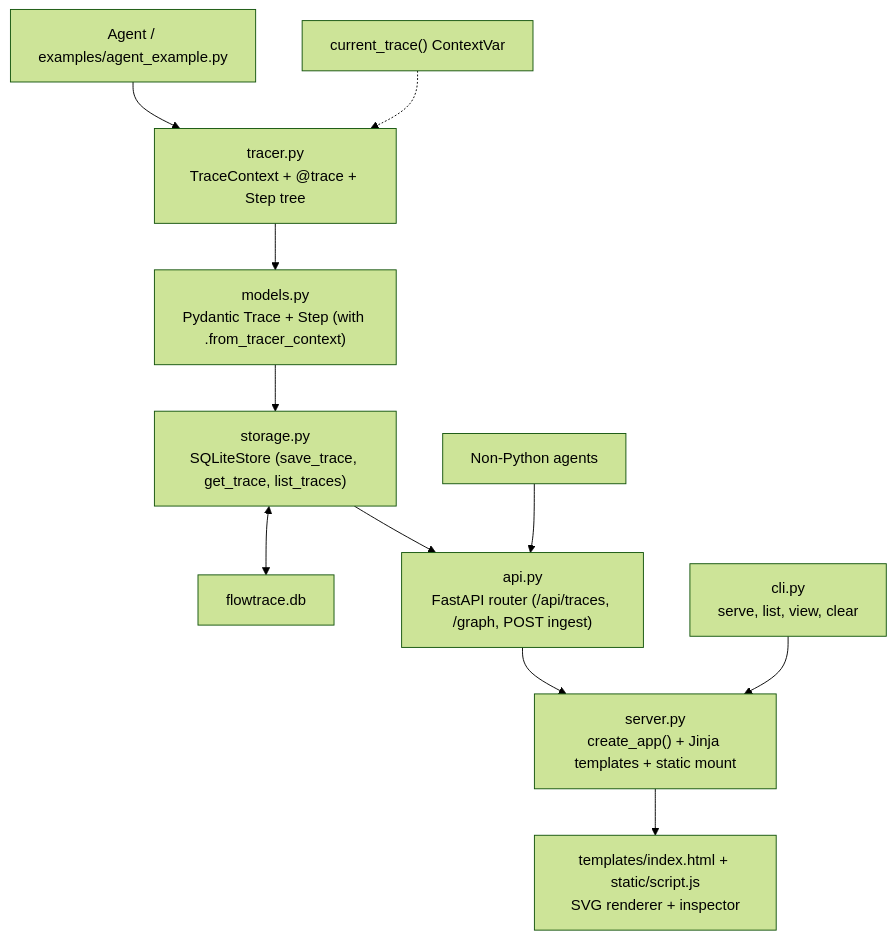
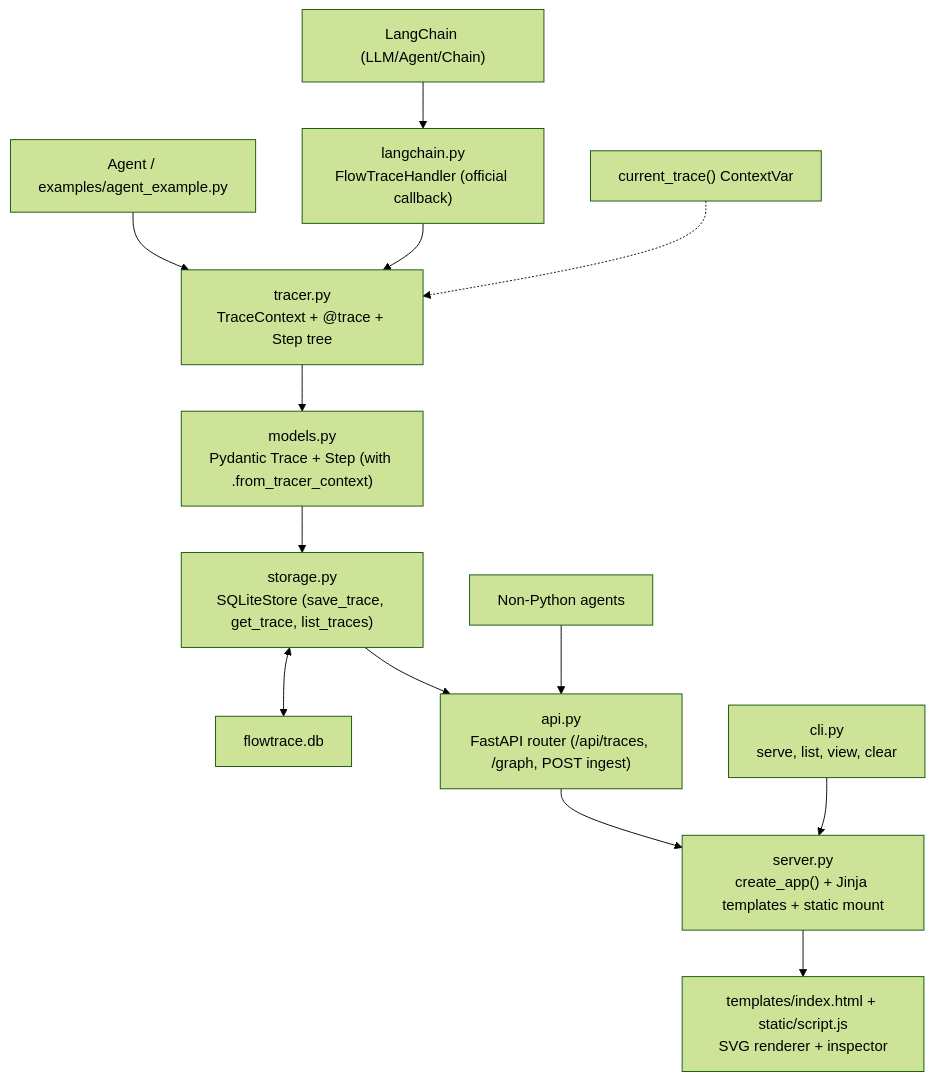
Before and after one commit to ajendras/flowtrace: the diagram in README.md, drawn with Mermaid (forest theme). The commit also changed other lines of this file and 5 other files, not shown here.

Commit message:
feat(langchain): add official callback handler for zero-code instrumentation

````diff
--- a/README.md
+++ b/README.md
@@ -209,13 +258,15 @@
 ```mermaid
 flowchart TD
     AgentCode["Agent / examples/agent_example.py"] --> Tracer["tracer.py<br/>TraceContext + @trace + Step tree"]
+    LangChain["LangChain (LLM/Agent/Chain)"] --> Handler["langchain.py<br/>FlowTraceHandler (official callback)"]
+    Handler --> Tracer
     Tracer --> Models["models.py<br/>Pydantic Trace + Step (with .from_tracer_context)"]
     Models --> Storage["storage.py<br/>SQLiteStore (save_trace, get_trace, list_traces)"]
     Storage <--> DB["flowtrace.db"]
     Storage --> API["api.py<br/>FastAPI router (/api/traces, /graph, POST ingest)"]
     API --> Server["server.py<br/>create_app() + Jinja templates + static mount"]
     Server --> UI["templates/index.html + static/script.js<br/>SVG renderer + inspector"]
     CLI["cli.py<br/>serve, list, view, clear"] --> Server
     External["Non-Python agents"] --> API
     current_trace["current_trace() ContextVar"] -.-> Tracer
 ```
````
